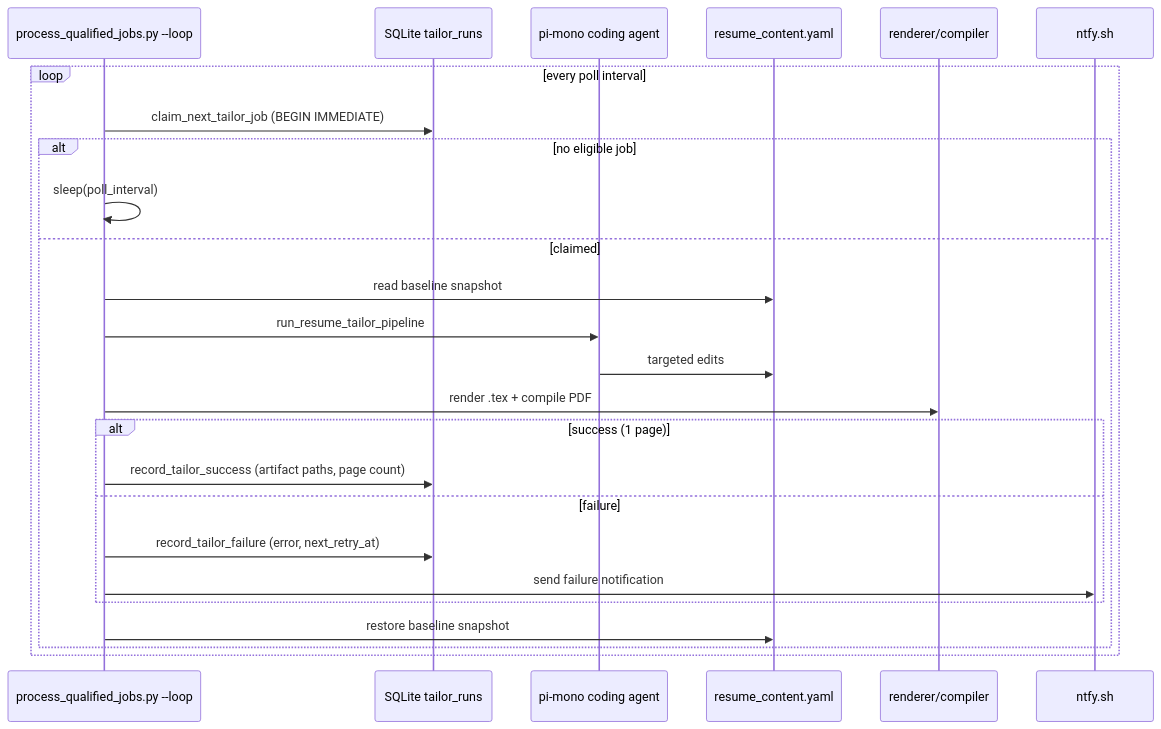
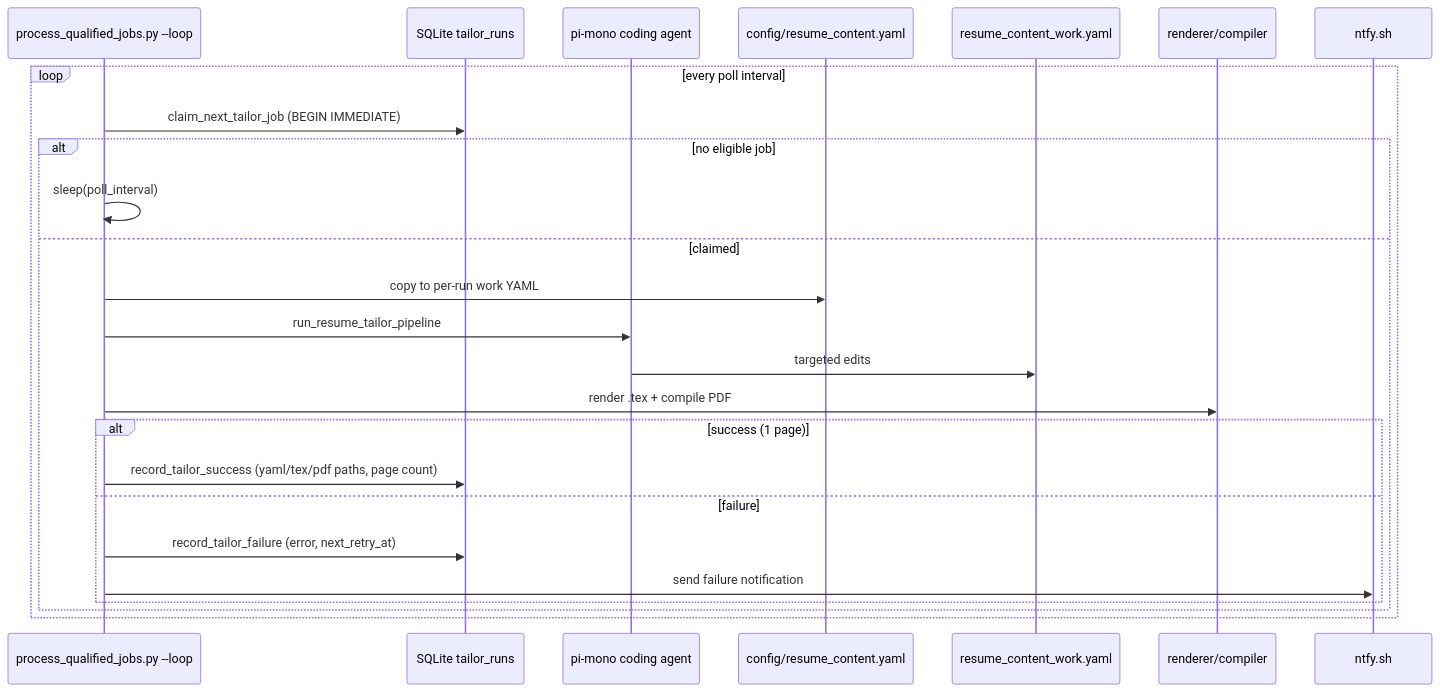
One commit to joeyspagnoli/agentic-job-applier changed the fourth of 5 diagrams in .aqa/spec/workflows.md. Above: the diagram before and after it, drawn with Mermaid. The commit also changed other lines of this file and 32 other files, not shown here.

````diff
--- a/.aqa/spec/workflows.md
+++ b/.aqa/spec/workflows.md
@@ -107,28 +108,28 @@
 ```mermaid
 sequenceDiagram
     participant Worker as process_qualified_jobs.py --loop
     participant DB as SQLite tailor_runs
     participant Pi as pi-mono coding agent
-    participant YAML as resume_content.yaml
+    participant Baseline as config/resume_content.yaml
+    participant YAML as resume_content_work.yaml
     participant Build as renderer/compiler
     participant Alert as ntfy.sh
 
     loop every poll interval
         Worker->>DB: claim_next_tailor_job (BEGIN IMMEDIATE)
         alt no eligible job
             Worker->>Worker: sleep(poll_interval)
         else claimed
-            Worker->>YAML: read baseline snapshot
+            Worker->>Baseline: copy to per-run work YAML
             Worker->>Pi: run_resume_tailor_pipeline
             Pi->>YAML: targeted edits
             Worker->>Build: render .tex + compile PDF
             alt success (1 page)
-                Worker->>DB: record_tailor_success (artifact paths, page count)
+                Worker->>DB: record_tailor_success (yaml/tex/pdf paths, page count)
             else failure
                 Worker->>DB: record_tailor_failure (error, next_retry_at)
                 Worker->>Alert: send failure notification
             end
-            Worker->>YAML: restore baseline snapshot
         end
     end
 ```
````
